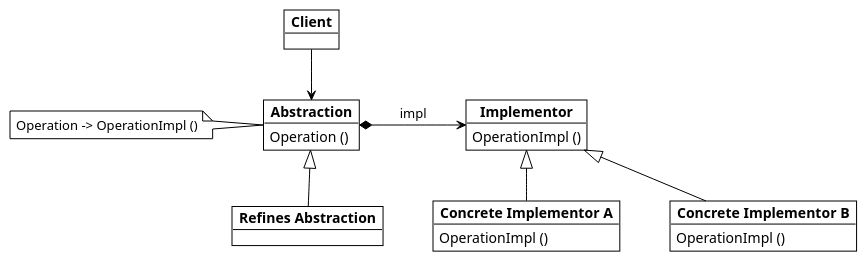
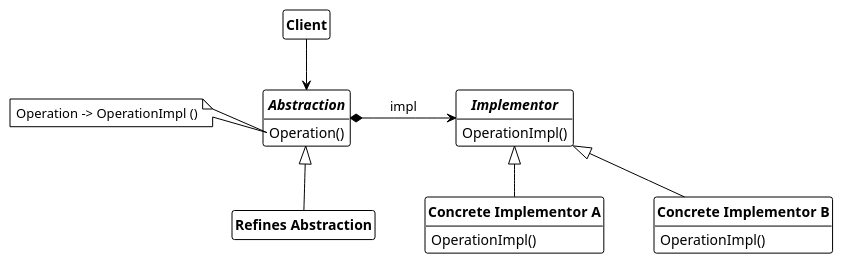
Before and after one commit to dst80/design-patterns: the diagram in structural_pattern/bridge/bridge.md, drawn with PlantUML. The commit also changed 10 other files, not shown here.

````diff
--- a/structural_pattern/bridge/bridge.md
+++ b/structural_pattern/bridge/bridge.md
@@ -19,38 +19,45 @@
 ```plantuml
-@startuml adapter_by_inheritance
+@startuml bridge
 !theme plain
 skinparam nodesep 50
 skinparam ranksep 50
-object "**Client**" as client
+hide circle
+hide fields
+
+class "**Client**" as client
+hide client members
 together {
-  
-object "**Abstraction**" as abstraction {
-    Operation ()
+
+interface "**Abstraction**" as abstraction {
+    Operation()
 }
 
-object "**Refines Abstraction**" as refined_abstraction
+
+class "**Refines Abstraction**" as refined_abstraction
 }
+hide refined_abstraction members
+
 together {
-object "**Implementor**" as implementor {
-    OperationImpl ()
+interface "**Implementor**" as implementor {
+    OperationImpl()
 }
-object "**Concrete Implementor A**" as concrete_implementor_A {
-    OperationImpl ()
+class "**Concrete Implementor A**" as concrete_implementor_A {
+    OperationImpl()
 }
 
-object "**Concrete Implementor B**" as concrete_implementor_B {
-    OperationImpl ()
+class "**Concrete Implementor B**" as concrete_implementor_B {
+    OperationImpl()
 }
 implementor <|-- concrete_implementor_A
 implementor <|-- concrete_implementor_B
 }
-note left of abstraction
+note left of abstraction::Operation
     Operation -> OperationImpl ()
 end note
 
 client --> abstraction
 abstraction <|-- refined_abstraction
 abstraction *-> implementor : impl
 
 @enduml
 ```
````
